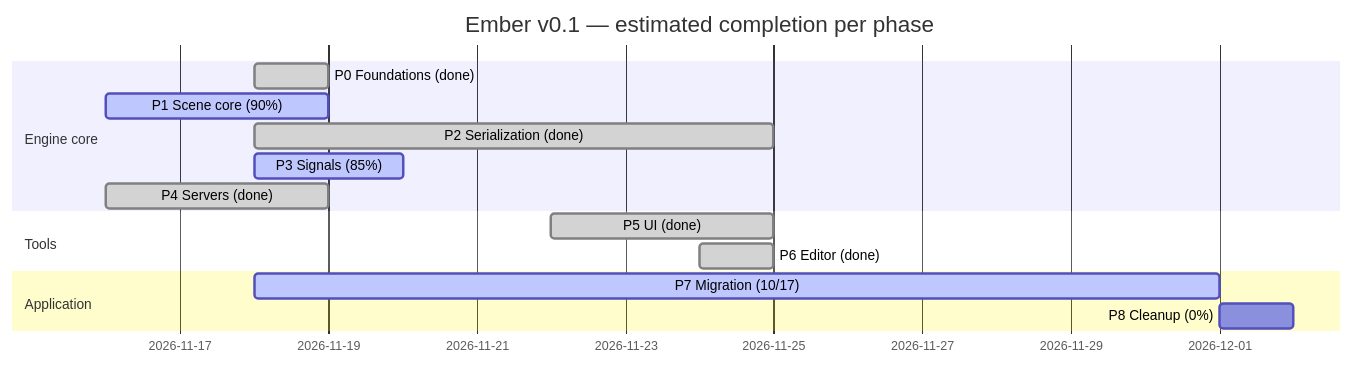
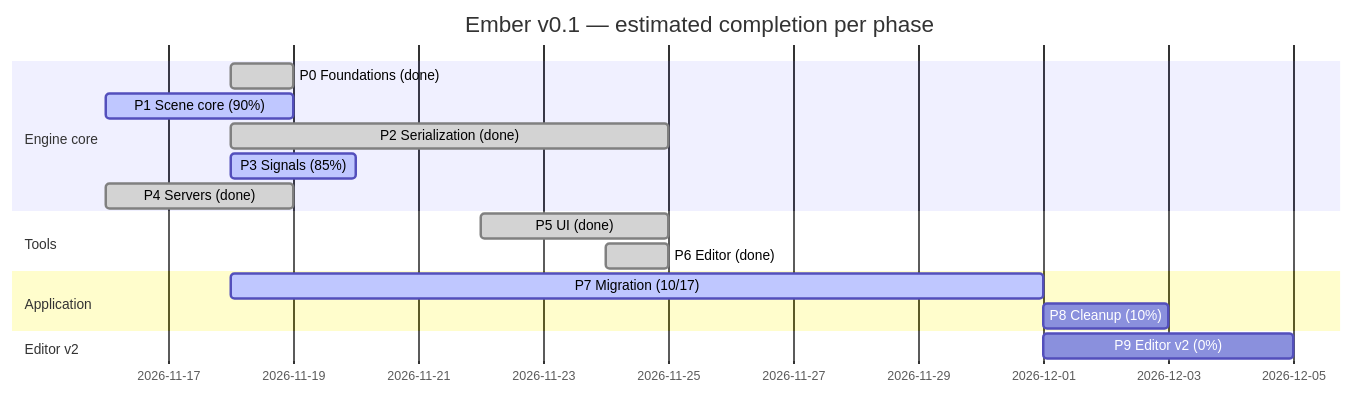
The diagram in ember-vault/60 Progress/Roadmap Tracker.md (titouanthd/ember), drawn with Mermaid before and after one commit. The commit also changed other lines of this file and 27 other files, not shown here.

````diff
--- a/ember-vault/60 Progress/Roadmap Tracker.md
+++ b/ember-vault/60 Progress/Roadmap Tracker.md
@@ -11,17 +11,19 @@
 ```mermaid
 gantt
   dateFormat YYYY-MM-DD
   title Ember v0.1 — estimated completion per phase
   section Engine core
   P0 Foundations (done)  :done, p0, 2026-11-18, 1d
   P1 Scene core (90%)    :active, p1, 2026-11-16, 3d
   P2 Serialization (done):done, p2, 2026-11-18, 7d
   P3 Signals (85%)       :active, p3, 2026-11-18, 2d
   P4 Servers (done)      :done, p4, 2026-11-16, 3d
   section Tools
   P5 UI (done)           :done, p5, 2026-11-22, 3d
   P6 Editor (done)       :done, p6, 2026-11-24, 1d
   section Application
   P7 Migration (10/17)    :active, p7, 2026-11-18, 13d
-  P8 Cleanup (0%)        :p8, after p7, 1d
+  P8 Cleanup (10%)       :p8, after p7, 2d
+  section Editor v2
+  P9 Editor v2 (0%)      :p9, after p7, 4d
 ```
````
